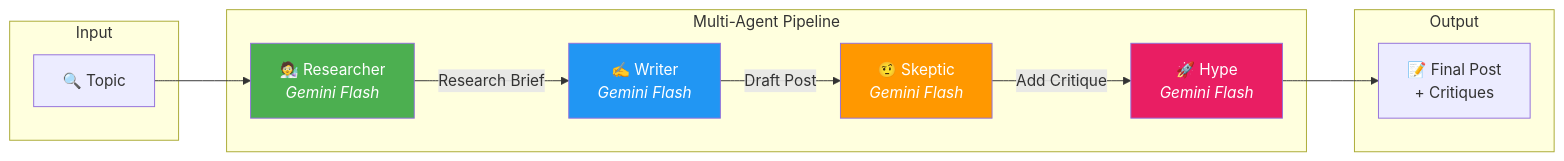
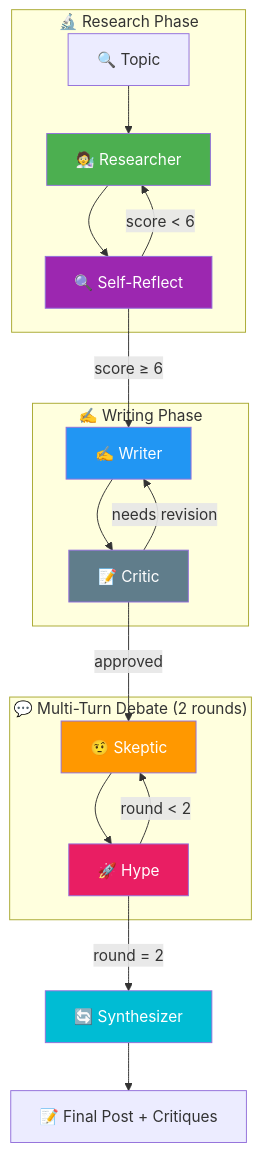
Before and after one commit to MikuMikuMe/Agentic-Research: the diagram in README.md, drawn with Mermaid. The commit also changed other lines of this file and 1 other file, not shown here.

Commit message:
refactor agentic workflow

````diff
--- a/README.md
+++ b/README.md
@@ -9,28 +9,31 @@
 ```mermaid
-flowchart LR
-    subgraph Input
-        T["🔍 Topic"]
+flowchart TB
+    subgraph Research["🔬 Research Phase"]
+        T["🔍 Topic"] --> R["🧑‍🔬 Researcher"]
+        R --> SR["🔍 Self-Reflect"]
+        SR -->|"score < 6"| R
     end
 
-    subgraph Agents["Multi-Agent Pipeline"]
-        R["🧑‍🔬 Researcher<br/><i>Gemini Flash</i>"]
-        W["✍️ Writer<br/><i>Gemini Flash</i>"]
-        S["🤨 Skeptic<br/><i>Gemini Flash</i>"]
-        H["🚀 Hype<br/><i>Gemini Flash</i>"]
+    subgraph Writing["✍️ Writing Phase"]
+        SR -->|"score ≥ 6"| W["✍️ Writer"]
+        W --> C["📝 Critic"]
+        C -->|"needs revision"| W
     end
 
-    subgraph Output
-        E["📝 Final Post<br/>+ Critiques"]
+    subgraph Debate["💬 Multi-Turn Debate (2 rounds)"]
+        C -->|"approved"| DS["🤨 Skeptic"]
+        DS --> DH["🚀 Hype"]
+        DH -->|"round < 2"| DS
     end
 
-    T --> R
-    R -->|"Research Brief"| W
-    W -->|"Draft Post"| S
-    S -->|"Add Critique"| H
-    H --> E
+    DH -->|"round = 2"| SYN["🔄 Synthesizer"]
+    SYN --> E["📝 Final Post + Critiques"]
 
     style R fill:#4CAF50,color:#fff
+    style SR fill:#9C27B0,color:#fff
     style W fill:#2196F3,color:#fff
-    style S fill:#FF9800,color:#fff
-    style H fill:#E91E63,color:#fff
+    style C fill:#607D8B,color:#fff
+    style DS fill:#FF9800,color:#fff
+    style DH fill:#E91E63,color:#fff
+    style SYN fill:#00BCD4,color:#fff
 ```
````
